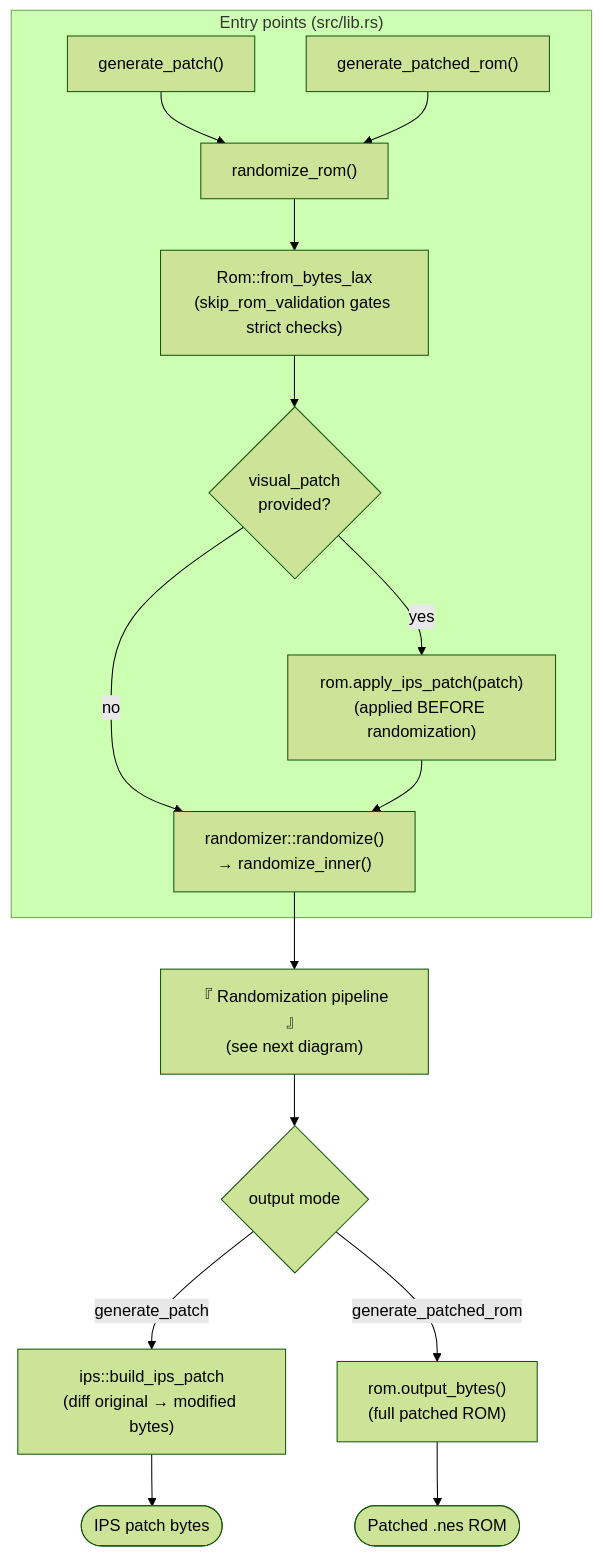
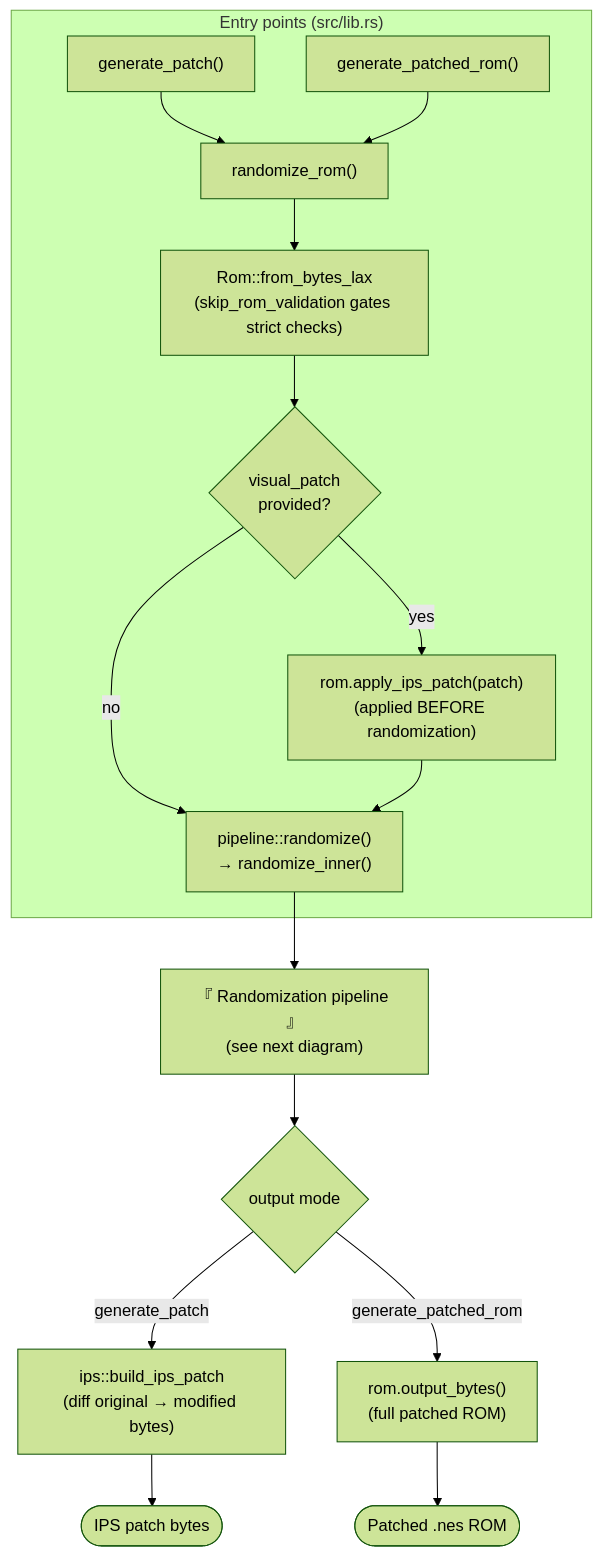
Before and after one commit to hamstringquestionable/smb3-rs: the first of 2 diagrams in docs/application_flow.md, drawn with Mermaid (forest theme). The commit also changed other lines of this file and 31 other files, not shown here.

First line of the commit message:
refactor: rename randomizer/ to pipeline/

````diff
--- a/docs/application_flow.md
+++ b/docs/application_flow.md
@@ -16,21 +17,21 @@
 ```mermaid
 flowchart TD
     subgraph entry["Entry points (src/lib.rs)"]
         A1["generate_patch()"] --> RR
         A2["generate_patched_rom()"] --> RR
         RR["randomize_rom()"]
         RR --> P1["Rom::from_bytes_lax<br/>(skip_rom_validation gates strict checks)"]
         P1 --> P2{"visual_patch<br/>provided?"}
         P2 -- yes --> P3["rom.apply_ips_patch(patch)<br/>(applied BEFORE randomization)"]
         P2 -- no --> RZ
-        P3 --> RZ["randomizer::randomize()<br/>→ randomize_inner()"]
+        P3 --> RZ["pipeline::randomize()<br/>→ randomize_inner()"]
     end
 
     RZ --> CORE["『 Randomization pipeline 』<br/>(see next diagram)"]
 
     CORE --> OUT{"output mode"}
     OUT -- "generate_patch" --> O1["ips::build_ips_patch<br/>(diff original → modified bytes)"]
     OUT -- "generate_patched_rom" --> O2["rom.output_bytes()<br/>(full patched ROM)"]
     O1 --> END(["IPS patch bytes"])
     O2 --> END2(["Patched .nes ROM"])
 ```
````
